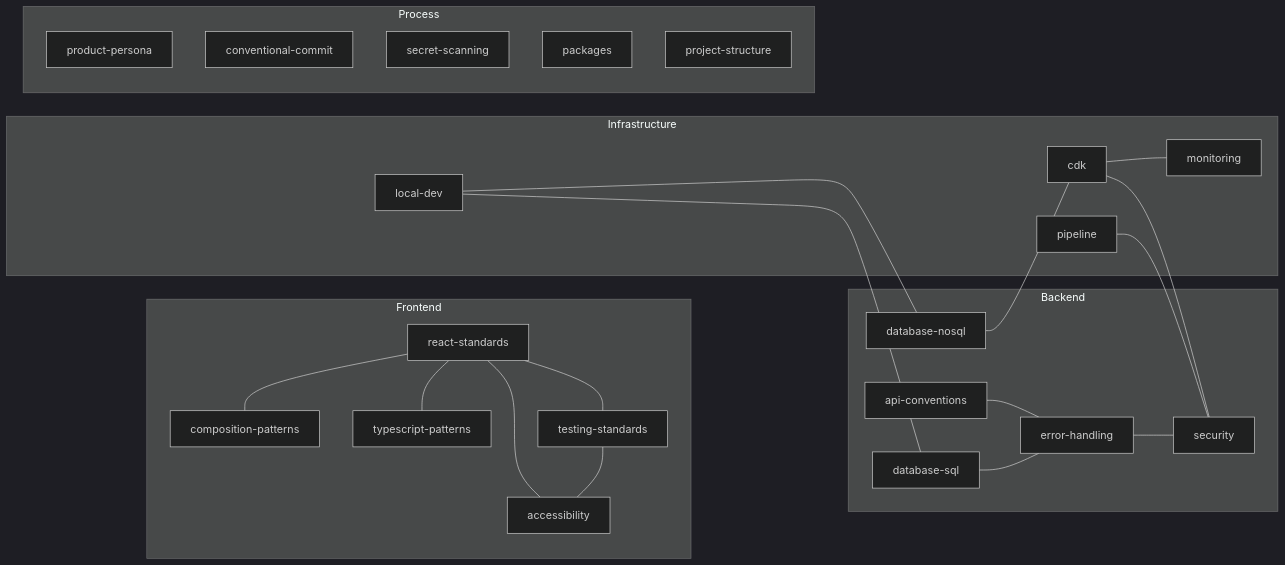
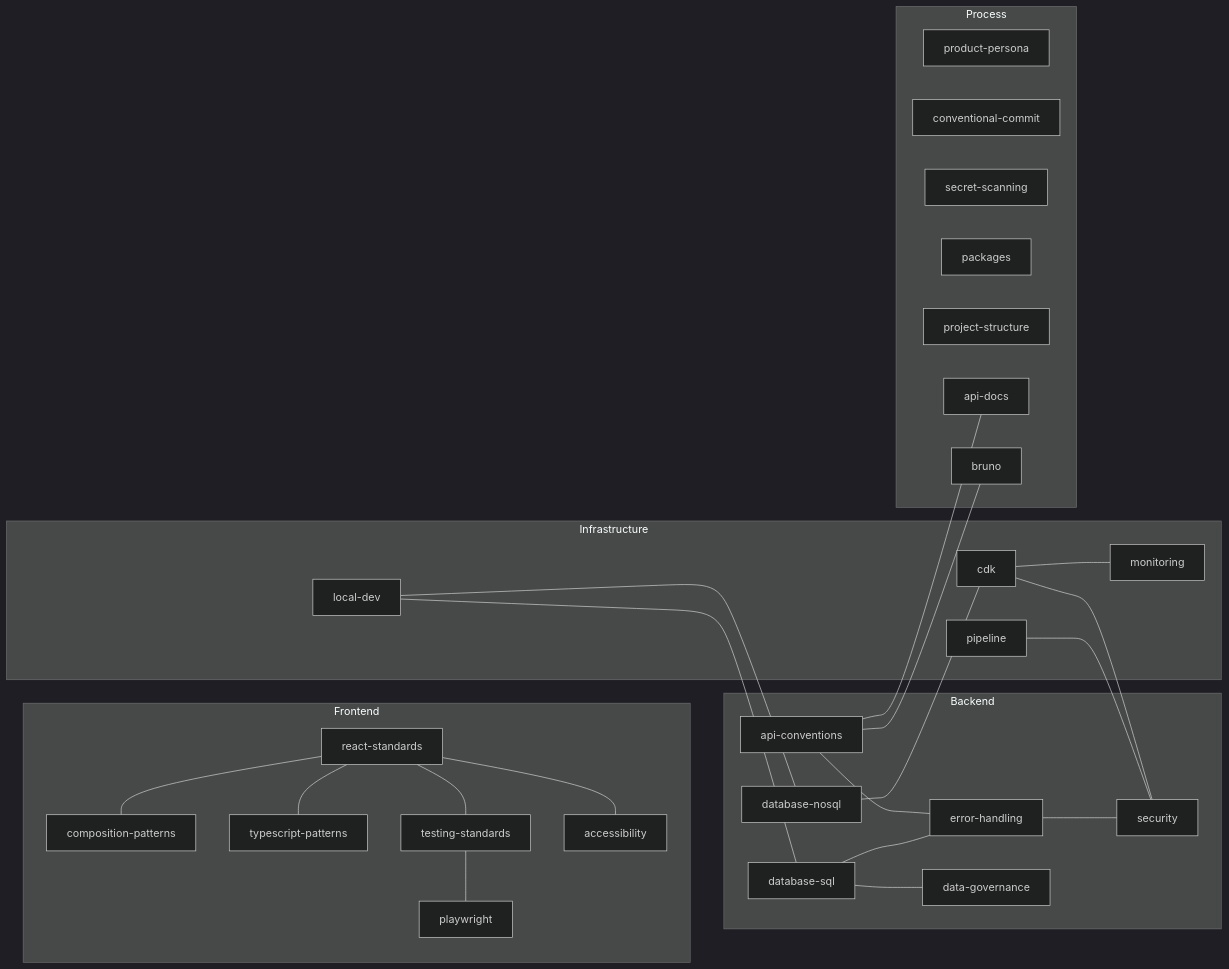
One commit to manikumarkv/devrunway-claude-plugin changed the tenth of 12 diagrams in README.md. Above: the diagram before and after it, drawn with Mermaid (dark theme). The commit also changed other lines of this file, not shown here.

````diff
--- a/README.md
+++ b/README.md
@@ -352,48 +308,55 @@
 ```mermaid
 graph LR
     subgraph Frontend
         RS[react-standards]
         CP[composition-patterns]
         TP[typescript-patterns]
         TS[testing-standards]
         A11[accessibility]
+        PW[playwright]
     end
 
     subgraph Backend
         AC[api-conventions]
         EH[error-handling]
         SC[security]
         SQL[database-sql]
         NOSQL[database-nosql]
+        DG[data-governance]
     end
 
     subgraph Infrastructure
         CDK[cdk]
         PIPE[pipeline]
         MON[monitoring]
         LD[local-dev]
     end
 
     subgraph Process
         PP[product-persona]
         CC[conventional-commit]
         SS[secret-scanning]
         PKG[packages]
         PS[project-structure]
+        AD[api-docs]
+        BR[bruno]
     end
 
     RS --- CP
     RS --- TP
     RS --- TS
     RS --- A11
-    TS --- A11
+    TS --- PW
     AC --- EH
     EH --- SC
     SQL --- EH
+    SQL --- DG
     NOSQL --- CDK
     CDK --- SC
     CDK --- MON
     PIPE --- SC
     LD --- SQL
     LD --- NOSQL
+    AC --- AD
+    AC --- BR
 ```
````
